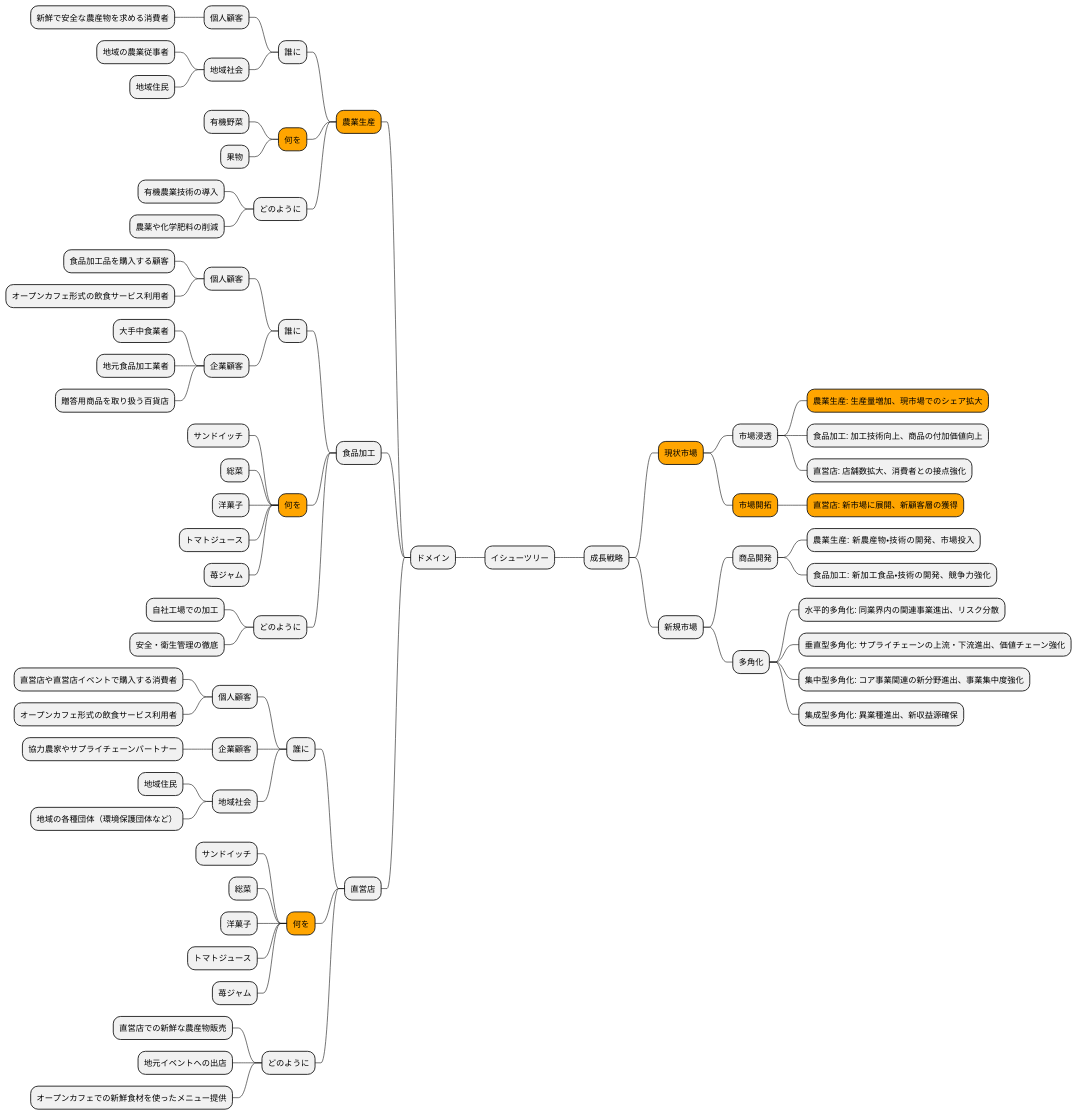
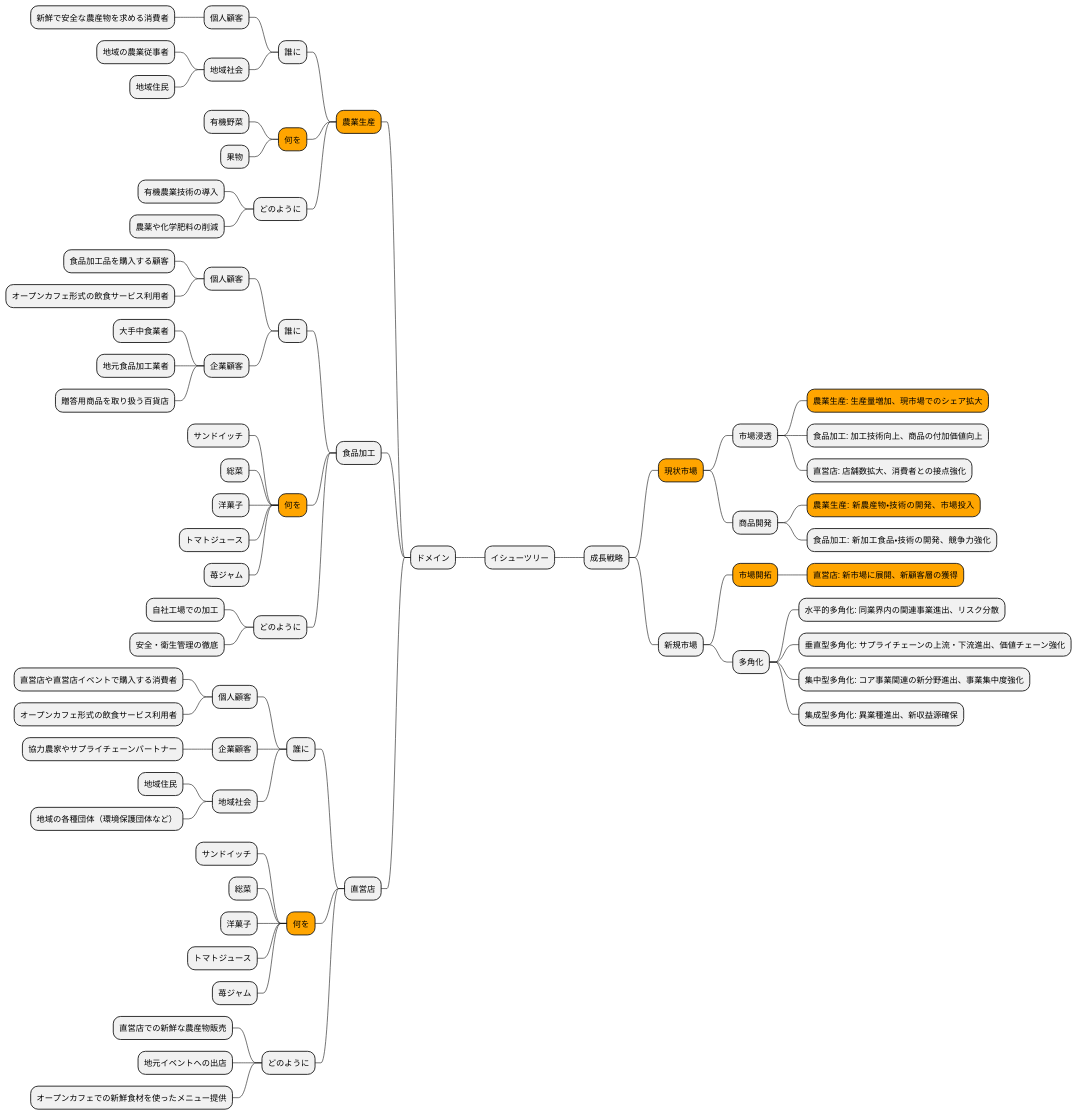
Before and after one commit to k2works/case-sutudy-business-analysis: the seventh of 16 diagrams in docs/case/r04_case_1.adoc, drawn with PlantUML. The commit also changed 1 other file, not shown here.

Commit message:
docs:イシューツリー

```diff
--- a/docs/case/r04_case_1.adoc
+++ b/docs/case/r04_case_1.adoc
@@ -352,76 +352,76 @@
 [plantuml]
 ----
 @startmindmap
 * イシューツリー
 ** 成長戦略
 ***[#orange] 現状市場
 **** 市場浸透
 *****[#orange] 農業生産: 生産量増加、現市場でのシェア拡大
 ***** 食品加工: 加工技術向上、商品の付加価値向上
 ***** 直営店: 店舗数拡大、消費者との接点強化
+**** 商品開発
+*****[#orange] 農業生産: 新農産物・技術の開発、市場投入
+***** 食品加工: 新加工食品・技術の開発、競争力強化
+*** 新規市場
 ****[#orange] 市場開拓
 *****[#orange] 直営店: 新市場に展開、新顧客層の獲得
-*** 新規市場
-**** 商品開発
-***** 農業生産: 新農産物・技術の開発、市場投入
-***** 食品加工: 新加工食品・技術の開発、競争力強化
 **** 多角化
 ***** 水平的多角化: 同業界内の関連事業進出、リスク分散
 ***** 垂直型多角化: サプライチェーンの上流・下流進出、価値チェーン強化
 ***** 集中型多角化: コア事業関連の新分野進出、事業集中度強化
 ***** 集成型多角化: 異業種進出、新収益源確保
 left side
 ** ドメイン
 ***[#orange] 農業生産
 **** 誰に
 ***** 個人顧客
 ****** 新鮮で安全な農産物を求める消費者
 ***** 地域社会
 ****** 地域の農業従事者
 ****** 地域住民
 ****[#orange] 何を
 ***** 有機野菜
 ***** 果物
 **** どのように
 ***** 有機農業技術の導入
 ***** 農薬や化学肥料の削減
 *** 食品加工
 **** 誰に
 ***** 個人顧客
 ****** 食品加工品を購入する顧客
 ****** オープンカフェ形式の飲食サービス利用者
 ***** 企業顧客
 ****** 大手中食業者
 ****** 地元食品加工業者
 ****** 贈答用商品を取り扱う百貨店
 ****[#orange] 何を
 ***** サンドイッチ
 ***** 総菜
 ***** 洋菓子
 ***** トマトジュース
 ***** 苺ジャム
 **** どのように
 ***** 自社工場での加工
 ***** 安全・衛生管理の徹底
 *** 直営店
 **** 誰に
 ***** 個人顧客
 ****** 直営店や直営店イベントで購入する消費者
 ****** オープンカフェ形式の飲食サービス利用者
 ***** 企業顧客
 ****** 協力農家やサプライチェーンパートナー
 ***** 地域社会
 ****** 地域住民
 ****** 地域の各種団体（環境保護団体など）
 ****[#orange] 何を
 ***** サンドイッチ
 ***** 総菜
 ***** 洋菓子
 ***** トマトジュース
 ***** 苺ジャム
 **** どのように
 ***** 直営店での新鮮な農産物販売
 ***** 地元イベントへの出店
 ***** オープンカフェでの新鮮食材を使ったメニュー提供
 @endmindmap
 ----
```
